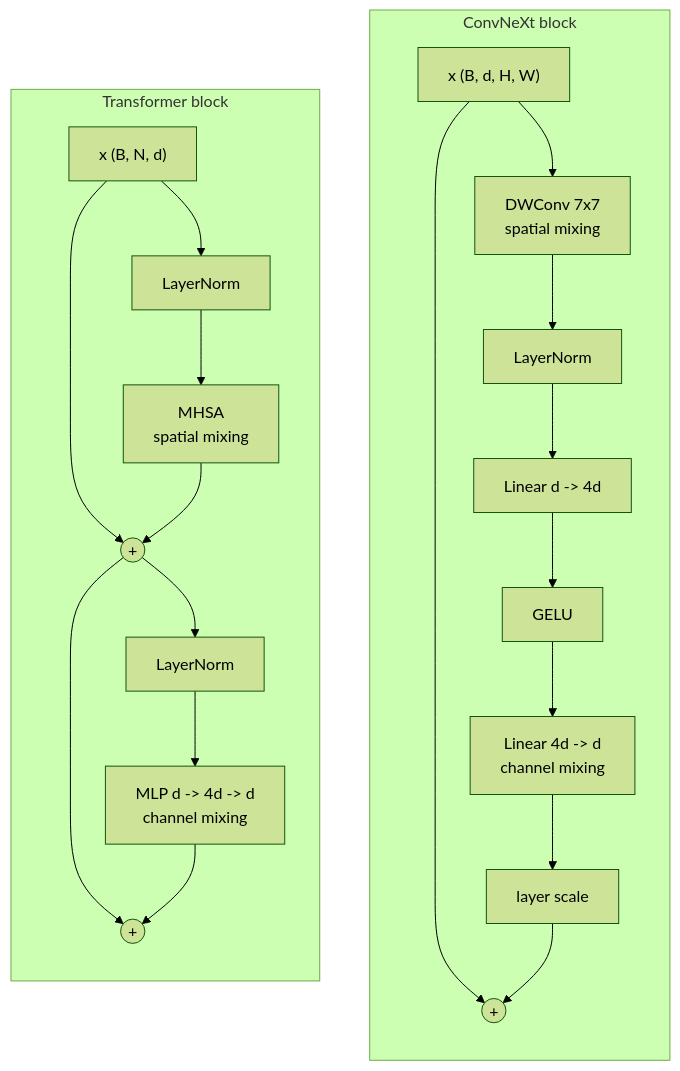
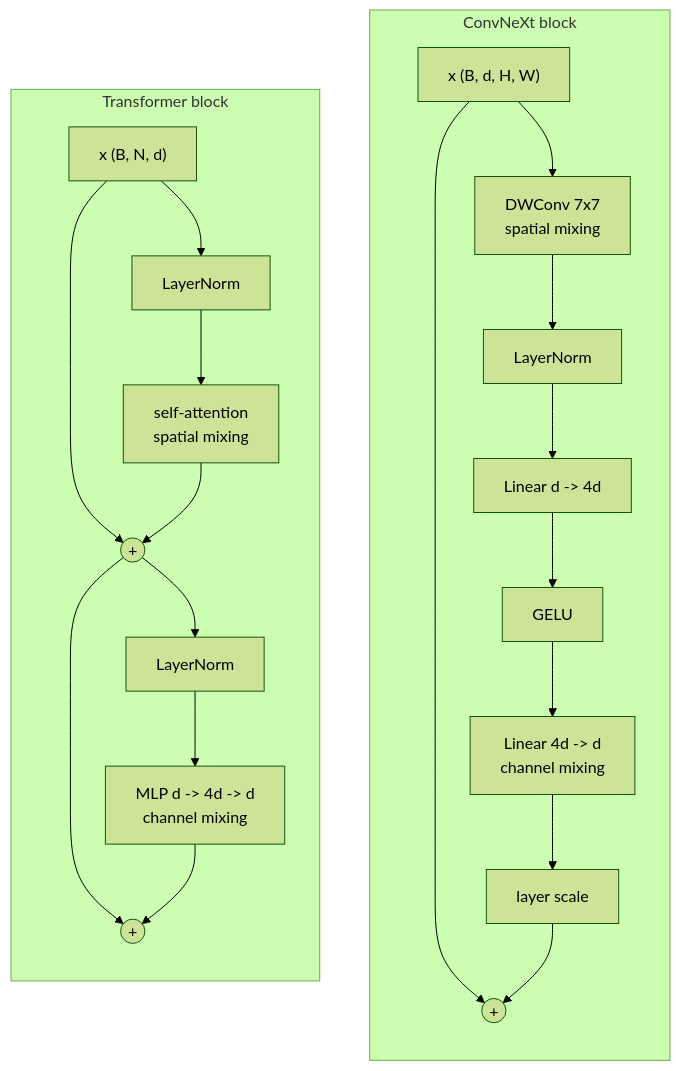
The fourth of 4 diagrams in assignments/a02_vit/README.md (tanmaniac/nanovision), drawn with Mermaid (forest theme) before and after one commit. The commit also changed other lines of this file and 29 other files, not shown here.

````diff
--- a/assignments/a02_vit/README.md
+++ b/assignments/a02_vit/README.md
@@ -161,25 +375,25 @@
 ```mermaid
 flowchart TB
     subgraph CN["ConvNeXt block"]
         direction TB
         C0["x (B, d, H, W)"] --> C1["DWConv 7x7<br/>spatial mixing"]
         C1 --> C2["LayerNorm"]
         C2 --> C3["Linear d -> 4d"]
         C3 --> C4["GELU"]
         C4 --> C5["Linear 4d -> d<br/>channel mixing"]
         C5 --> C6["layer scale"]
         C0 --> C7((+))
         C6 --> C7
     end
     subgraph TB2["Transformer block"]
         direction TB
         T0["x (B, N, d)"] --> T1["LayerNorm"]
-        T1 --> T2["MHSA<br/>spatial mixing"]
+        T1 --> T2["self-attention<br/>spatial mixing"]
         T0 --> T3((+))
         T2 --> T3
         T3 --> T4["LayerNorm"]
         T4 --> T5["MLP d -> 4d -> d<br/>channel mixing"]
         T3 --> T6((+))
         T5 --> T6
     end
 ```
````
